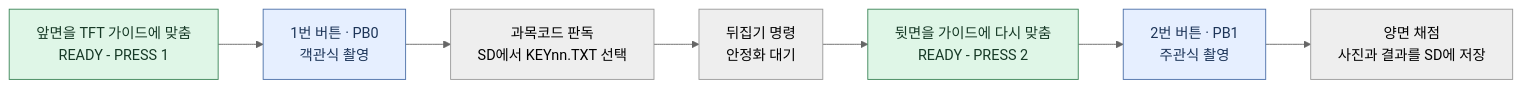
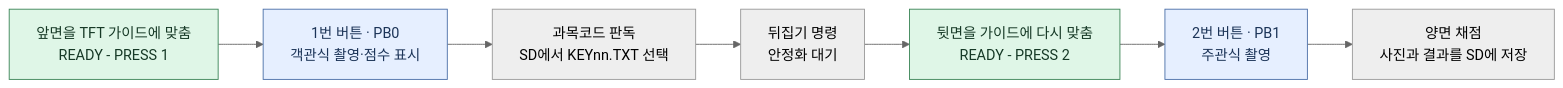
The diagram in README.md (yumyum1215/26SoC_Term_Project_OMR_Reader), drawn with Mermaid (neutral theme) before and after one commit. The commit also changed other lines of this file and 3 other files, not shown here.

````diff
--- a/README.md
+++ b/README.md
@@ -7,15 +7,15 @@
 ```mermaid
 flowchart LR
     A["앞면을 TFT 가이드에 맞춤<br/>READY - PRESS 1"]
-    B["1번 버튼 · PB0<br/>객관식 촬영"]
+    B["1번 버튼 · PB0<br/>객관식 촬영·점수 표시"]
     K["과목코드 판독<br/>SD에서 KEYnn.TXT 선택"]
     C["뒤집기 명령<br/>안정화 대기"]
     D["뒷면을 가이드에 다시 맞춤<br/>READY - PRESS 2"]
     E["2번 버튼 · PB1<br/>주관식 촬영"]
     F["양면 채점<br/>사진과 결과를 SD에 저장"]
     A --> B --> K --> C --> D --> E --> F
     classDef ready fill:#dff6e7,stroke:#3b8557,color:#163926
     classDef capture fill:#e6efff,stroke:#4b6fa8,color:#1c3458
     class A,D ready
     class B,E capture
 ```
````
